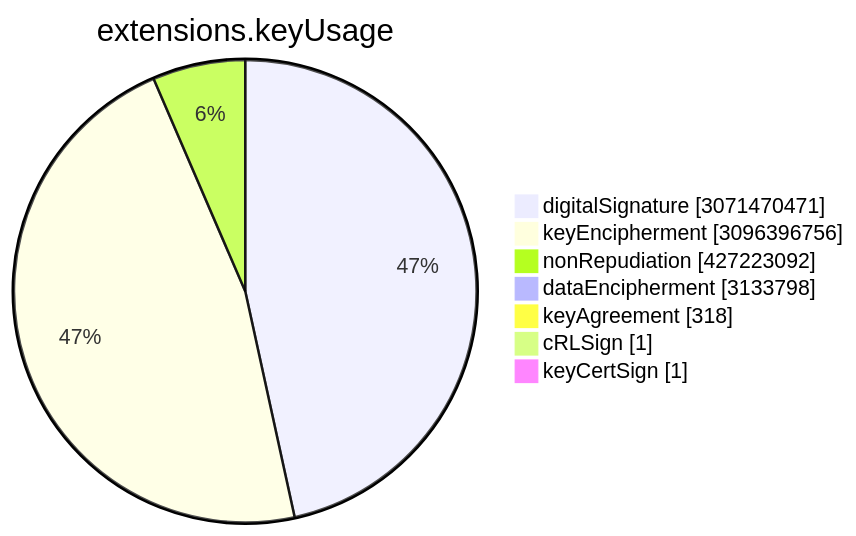
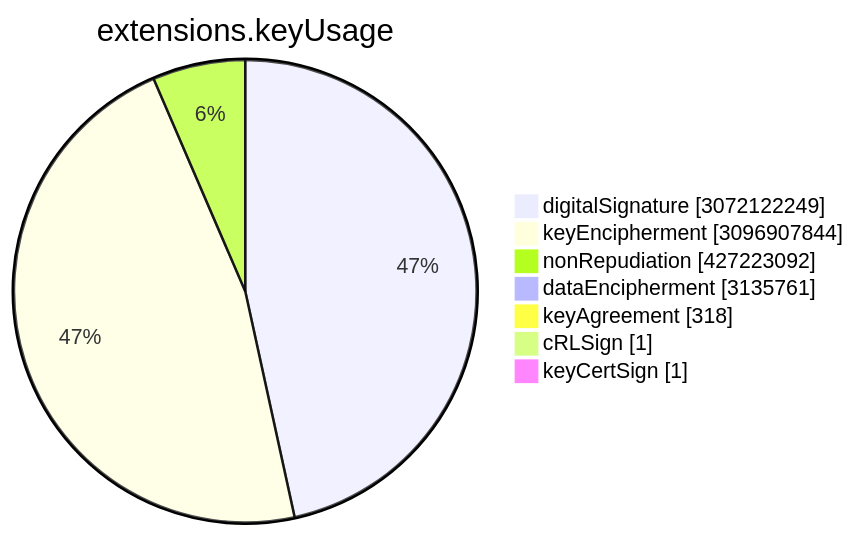
The sixth of 15 diagrams in TOTAL/README.md (christiankrug/ctmonitor_visualization), drawn with Mermaid before and after one commit. The commit also changed other lines of this file, not shown here.

````diff
--- a/TOTAL/README.md
+++ b/TOTAL/README.md
@@ -3075,11 +3075,11 @@
 ```mermaid
 pie showData
 title extensions.keyUsage
-"digitalSignature" :3071470471
-"keyEncipherment" :3096396756
+"digitalSignature" :3072122249
+"keyEncipherment" :3096907844
 "nonRepudiation" :427223092
-"dataEncipherment" :3133798
+"dataEncipherment" :3135761
 "keyAgreement" :318
 "cRLSign" :1
 "keyCertSign" :1
 ```
````
